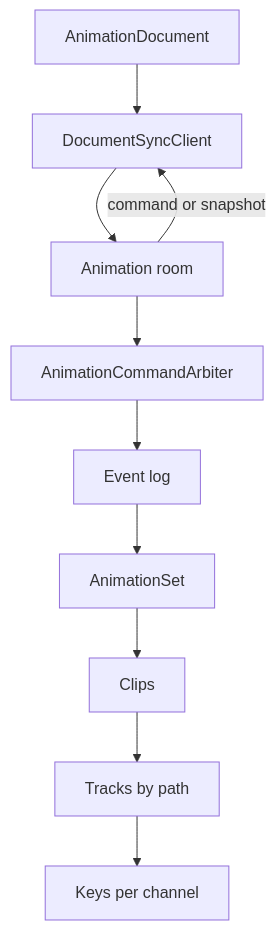
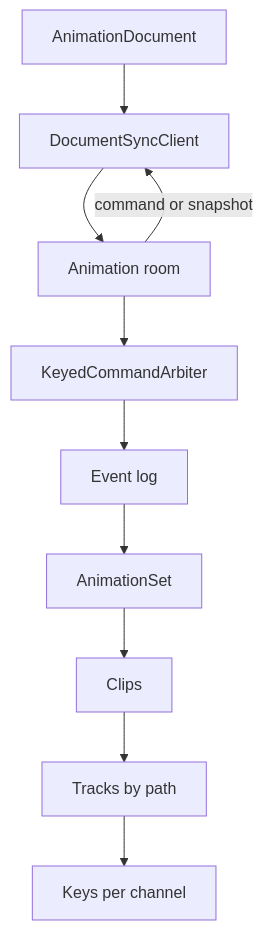
Before and after one commit to JollyPixel/editor: the first of 2 diagrams in packages/assets/voxel-animation/ARCHITECTURE.md, drawn with Mermaid. The commit also changed 169 other files, not shown here.

Commit message:
chore(terrain): review M1 architecture (#1048)

````diff
--- a/packages/assets/voxel-animation/ARCHITECTURE.md
+++ b/packages/assets/voxel-animation/ARCHITECTURE.md
@@ -5,12 +5,12 @@
 ```mermaid
 flowchart TB
     Document["AnimationDocument"] --> Sync["DocumentSyncClient"]
     Sync --> Room["Animation room"]
-    Room --> Arbiter["AnimationCommandArbiter"]
+    Room --> Arbiter["KeyedCommandArbiter"]
     Arbiter --> Log["Event log"]
     Log --> State["AnimationSet"]
     State --> Clips["Clips"]
     Clips --> Tracks["Tracks by path"]
     Tracks --> Keys["Keys per channel"]
     Room -->|"command or snapshot"| Sync
 ```
````
